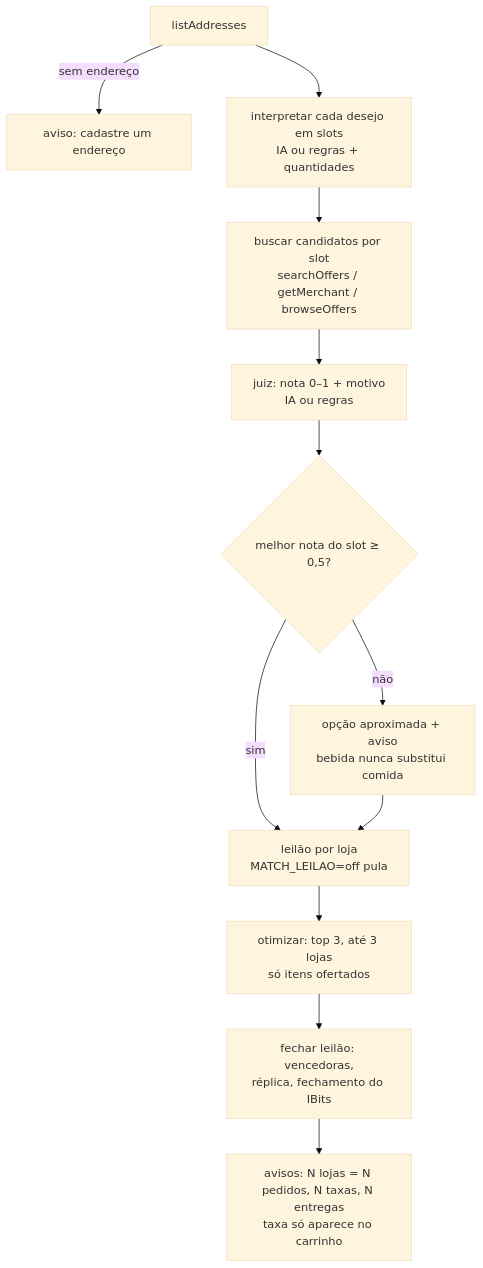
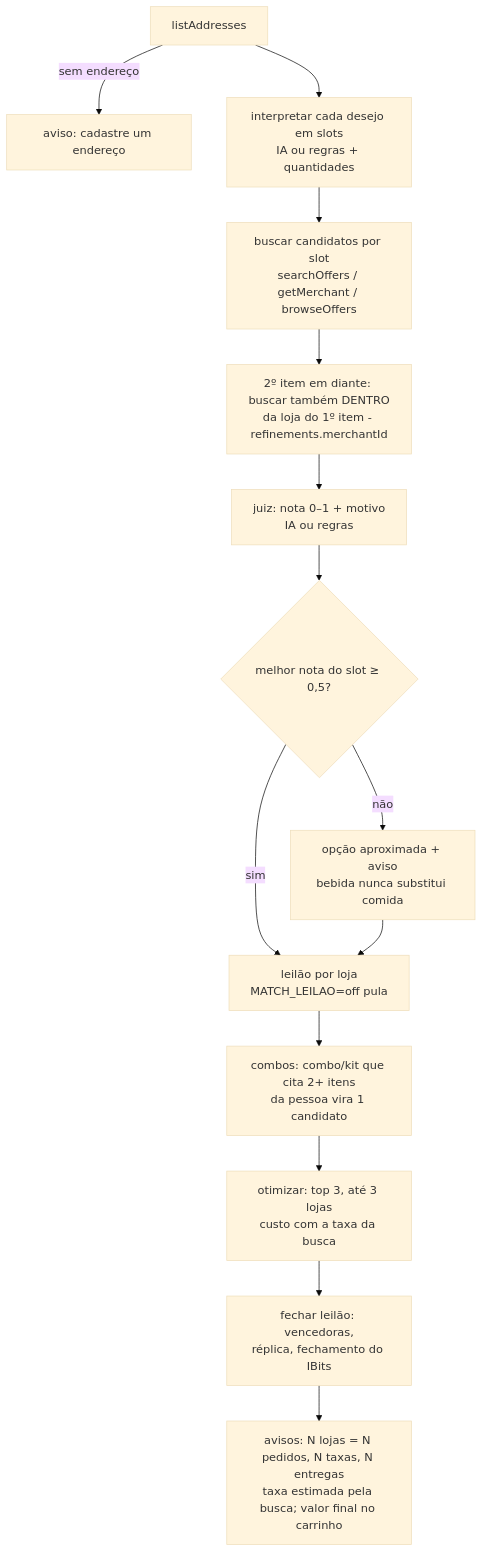
One commit to scorpion-bits/Hackaton-Ifood changed the third of 5 diagrams in docs/tecnico.md. Above: the diagram before and after it, drawn with Mermaid (base theme). The commit also changed other lines of this file and 1 other file, not shown here.

First line of the commit message:
docs(tecnico, feedback-mcp): pedido completo, combos, taxa da busca e Só eu além de restaurante

````diff
--- a/docs/tecnico.md
+++ b/docs/tecnico.md
@@ -150,15 +150,17 @@
 ```mermaid
 flowchart TD
   A[listAddresses] -->|sem endereço| X1[aviso: cadastre um endereço]
   A --> B[interpretar cada desejo em slots<br/>IA ou regras + quantidades]
   B --> C[buscar candidatos por slot<br/>searchOffers / getMerchant / browseOffers]
-  C --> D[juiz: nota 0–1 + motivo<br/>IA ou regras]
+  C --> C2[2º item em diante: buscar também DENTRO<br/>da loja do 1º item - refinements.merchantId]
+  C2 --> D[juiz: nota 0–1 + motivo<br/>IA ou regras]
   D --> E{melhor nota do slot ≥ 0,5?}
   E -->|não| F[opção aproximada + aviso<br/>bebida nunca substitui comida]
   E -->|sim| G
   F --> G[leilão por loja<br/>MATCH_LEILAO=off pula]
-  G --> H[otimizar: top 3, até 3 lojas<br/>só itens ofertados]
+  G --> G2[combos: combo/kit que cita 2+ itens<br/>da pessoa vira 1 candidato]
+  G2 --> H[otimizar: top 3, até 3 lojas<br/>custo com a taxa da busca]
   H --> J[fechar leilão: vencedoras,<br/>réplica, fechamento do IBits]
   J --> I
-  I[avisos: N lojas = N pedidos, N taxas, N entregas<br/>taxa só aparece no carrinho]
+  I[avisos: N lojas = N pedidos, N taxas, N entregas<br/>taxa estimada pela busca; valor final no carrinho]
 ```
````
